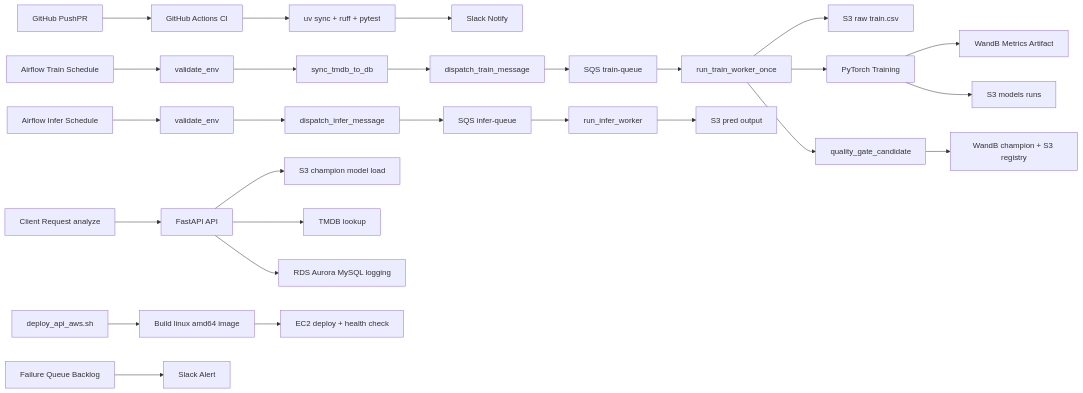
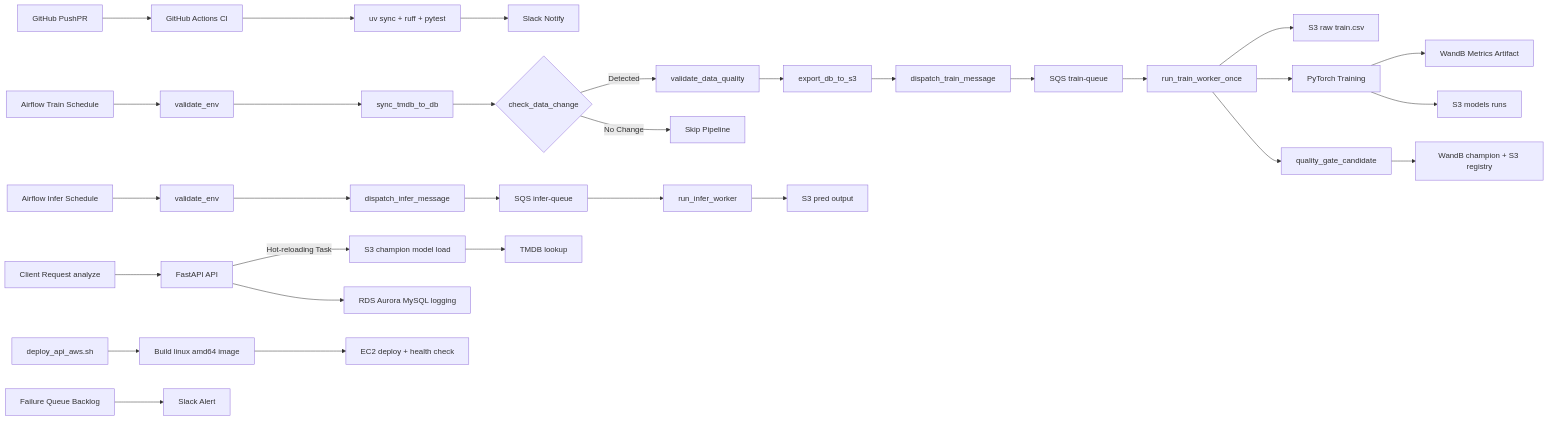
The diagram in README.md (AIBootcamp24th/mlops-mlops-team-3), drawn with Mermaid before and after one commit. The commit also changed other lines of this file and 9 other files, not shown here.

````diff
--- a/README.md
+++ b/README.md
@@ -56,34 +56,38 @@
 ```mermaid
 graph LR
   gitPush[GitHub PushPR] --> ci[GitHub Actions CI]
   ci --> ciCheck[uv sync + ruff + pytest]
   ciCheck --> ciNotify[Slack Notify]
 
   trainSchedule[Airflow Train Schedule] --> trainValidate[validate_env]
   trainValidate --> syncDb[sync_tmdb_to_db]
-  syncDb --> trainDispatch[dispatch_train_message]
+  syncDb --> changeDet{check_data_change}
+  changeDet -- "Detected" --> qualityGate[validate_data_quality]
+  changeDet -- "No Change" --> skip[Skip Pipeline]
+  qualityGate --> exportS3[export_db_to_s3]
+  exportS3 --> trainDispatch[dispatch_train_message]
   trainDispatch --> trainQueue[SQS train-queue]
   trainQueue --> trainWorker[run_train_worker_once]
   trainWorker --> s3Raw[S3 raw train.csv]
   trainWorker --> pytorchTrain[PyTorch Training]
   pytorchTrain --> wandbTrack[WandB Metrics Artifact]
   pytorchTrain --> s3Model[S3 models runs]
-  trainWorker --> qualityGate[quality_gate_candidate]
-  qualityGate --> champion[WandB champion + S3 registry]
+  trainWorker --> qualityGateModel[quality_gate_candidate]
+  qualityGateModel --> champion[WandB champion + S3 registry]
 
   inferSchedule[Airflow Infer Schedule] --> inferValidate[validate_env]
   inferValidate --> inferDispatch[dispatch_infer_message]
   inferDispatch --> inferQueue[SQS infer-queue]
   inferQueue --> inferWorker[run_infer_worker]
   inferWorker --> s3Pred[S3 pred output]
 
   apiRequest[Client Request analyze] --> apiService[FastAPI API]
-  apiService --> modelLoad[S3 champion model load]
-  apiService --> tmdbLookup[TMDB lookup]
+  apiService -- "Hot-reloading Task" --> modelLoad[S3 champion model load]
+  modelLoad --> tmdbLookup[TMDB lookup]
   apiService --> dbLog[RDS Aurora MySQL logging]
 
   deployScript[deploy_api_aws.sh] --> amd64Build[Build linux amd64 image]
   amd64Build --> ec2Deploy[EC2 deploy + health check]
 
   failureSignal[Failure Queue Backlog] --> slackAlert[Slack Alert]
 ```
````
